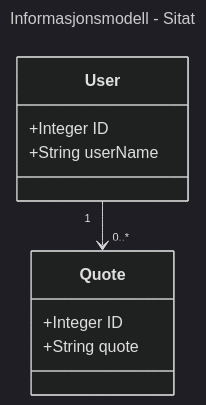
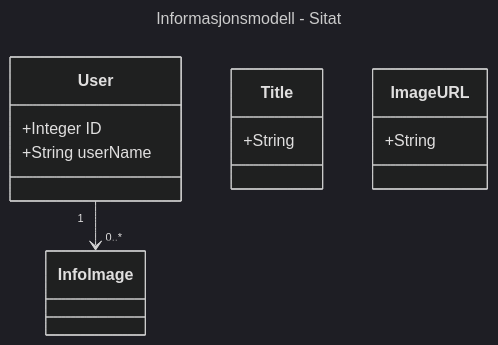
The first of 3 diagrams in doc/quote-spesifikasjon.md (Morroklumpen/FRONTEND-official-2024), drawn with Mermaid (dark theme) before and after one commit.

````diff
--- a/doc/quote-spesifikasjon.md
+++ b/doc/quote-spesifikasjon.md
@@ -26,14 +26,14 @@
 ```mermaid
 ---
 title: Informasjonsmodell - Sitat
 ---
 classDiagram
     class User
       User:  +Integer ID
       User: +String userName
-    class Quote
-      Quote: +Integer ID
-      Quote: +String quote
+    class InfoImage
+      Title : +String
+      ImageURL: +String
 
-    User "1" --> "0..*" Quote
+    User "1" --> "0..*" InfoImage
 ```
````
